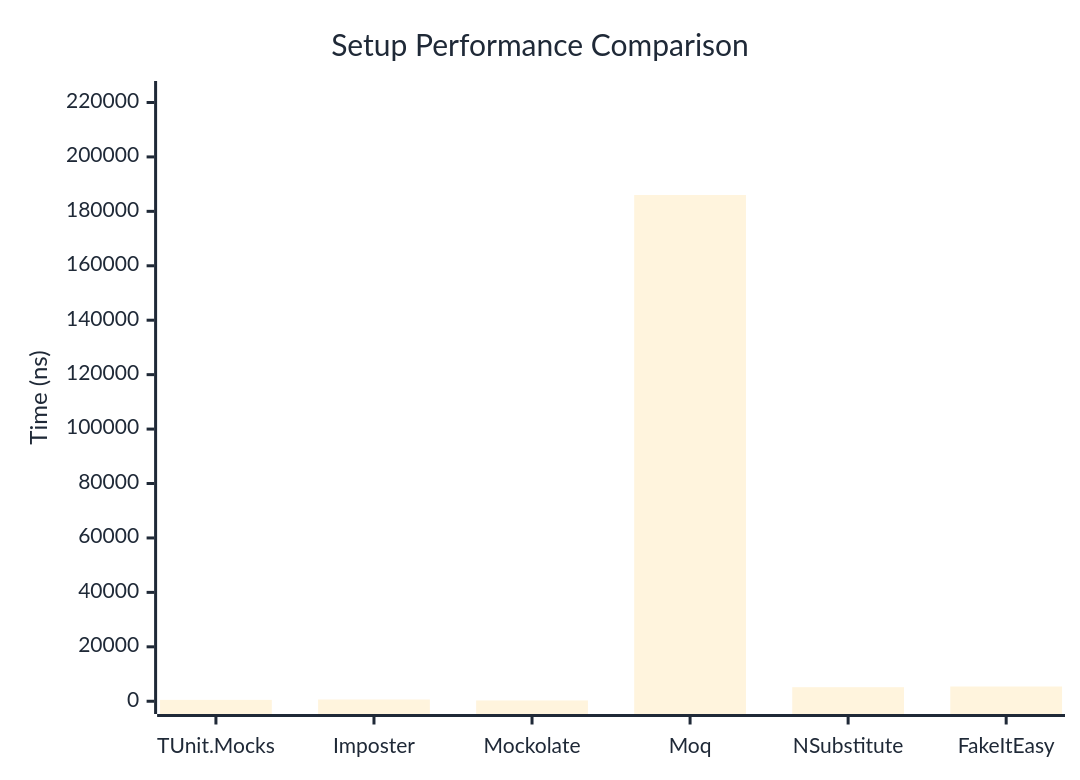
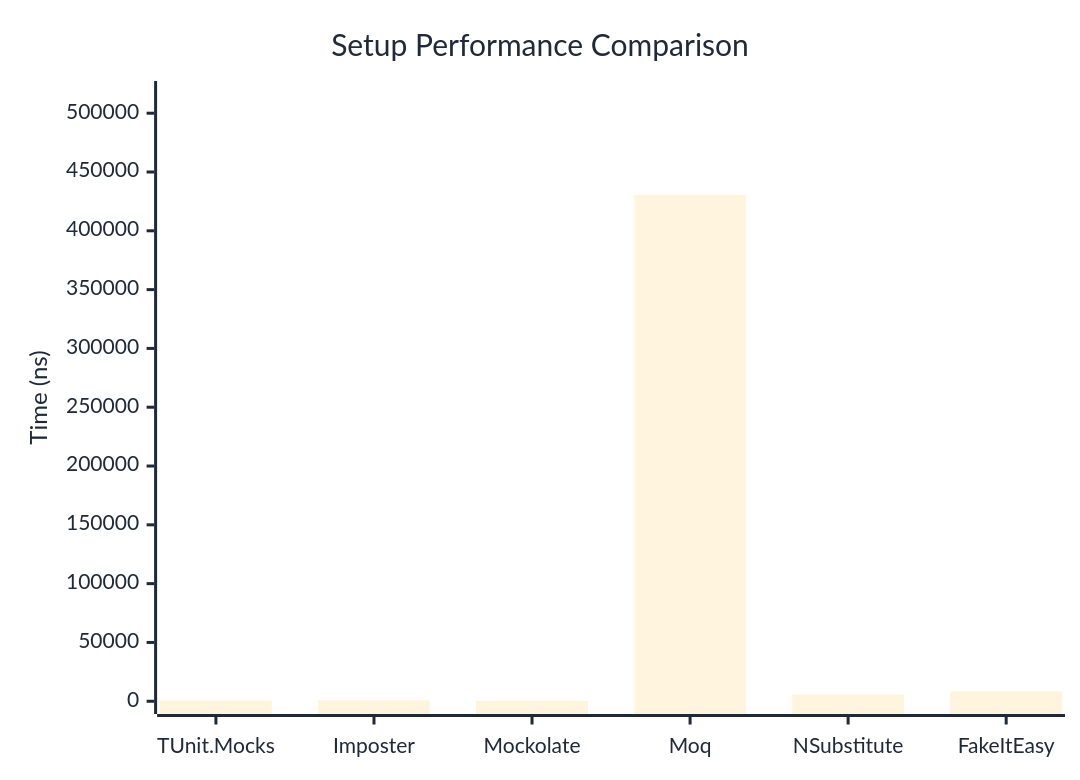
Before and after one commit to thomhurst/TUnit: the first of 2 diagrams in docs/docs/benchmarks/mocks/Setup.md, drawn with Mermaid. The commit also changed other lines of this file and 14 other files, not shown here.

````diff
--- a/docs/docs/benchmarks/mocks/Setup.md
+++ b/docs/docs/benchmarks/mocks/Setup.md
@@ -30,27 +30,27 @@
 ```mermaid
 %%{init: {
   'theme':'base',
   'themeVariables': {
     'primaryColor': '#2563eb',
     'primaryTextColor': '#1f2937',
     'primaryBorderColor': '#1e40af',
     'lineColor': '#6b7280',
     'secondaryColor': '#7c3aed',
     'tertiaryColor': '#dc2626',
     'background': '#ffffff',
     'pie1': '#2563eb',
     'pie2': '#7c3aed',
     'pie3': '#dc2626',
     'pie4': '#f59e0b',
     'pie5': '#10b981',
     'pie6': '#06b6d4',
     'pie7': '#ec4899',
     'pie8': '#6366f1'
   }
 }}%%
 xychart-beta
   title "Setup Performance Comparison"
   x-axis ["TUnit.Mocks", "Imposter", "Mockolate", "Moq", "NSubstitute", "FakeItEasy"]
-  y-axis "Time (ns)" 0 --> 223207
-  bar [504.9, 645.3, 298.6, 186005.1, 5162.7, 5418.3]
+  y-axis "Time (ns)" 0 --> 516536
+  bar [524.9, 808.7, 317.1, 430446, 5604.1, 8349.2]
 ```
````
